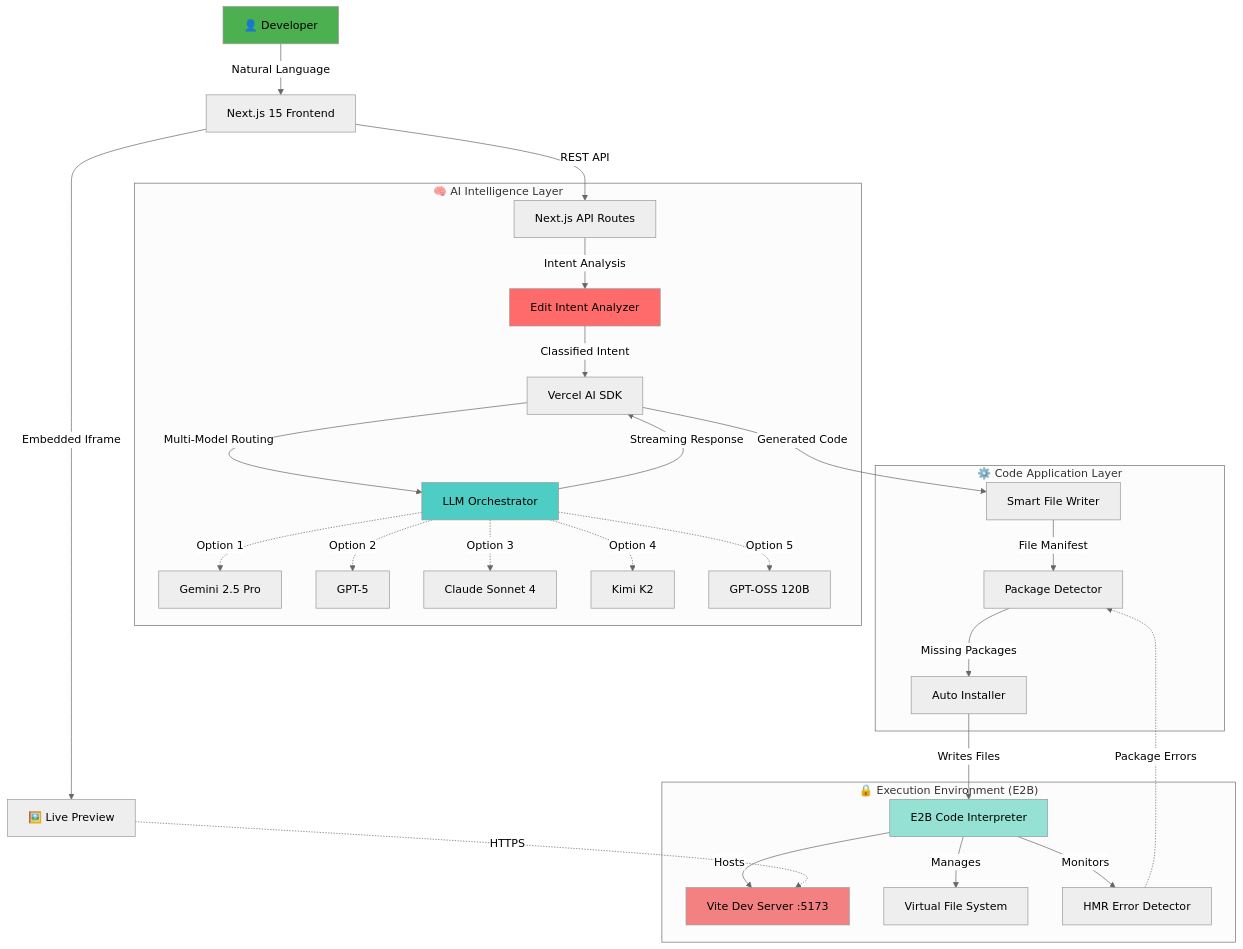
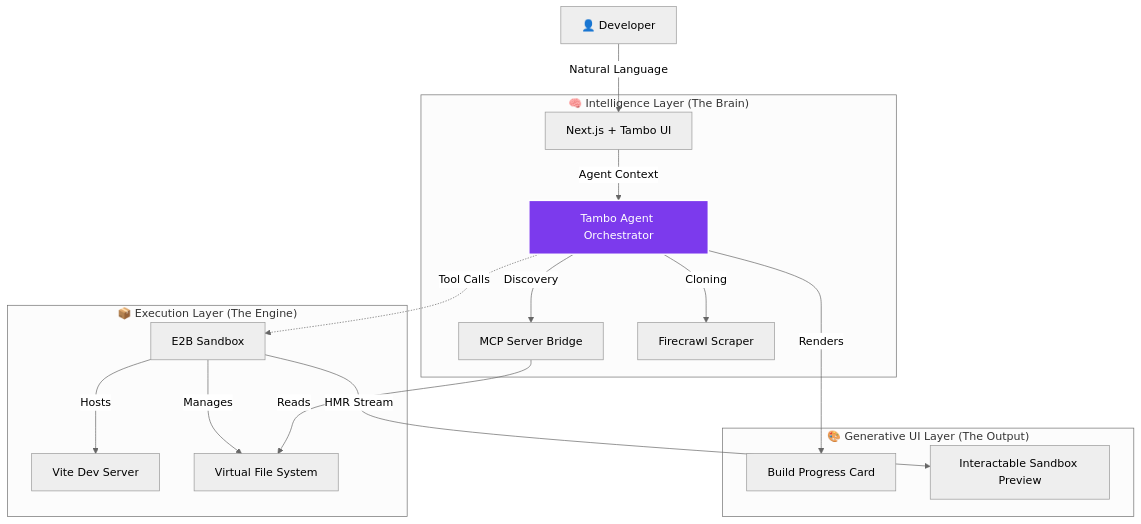
One commit to Sri-Krishna-V/Derived-WMD changed the first of 2 diagrams in README.md. Above: the diagram before and after it, drawn with Mermaid (neutral theme). The commit also changed other lines of this file, not shown here.

````diff
--- a/README.md
+++ b/README.md
@@ -114,41 +91,25 @@
 ```mermaid
 graph TD
-    User[👤 Developer] -->|Natural Language| Frontend[Next.js 15 Frontend]
-    Frontend -->|REST API| Backend[Next.js API Routes]
+    User[👤 Developer] -->|Natural Language| Frontend[Next.js + Tambo UI]
     
-    subgraph "🧠 AI Intelligence Layer"
-        Backend -->|Intent Analysis| Analyzer[Edit Intent Analyzer]
-        Analyzer -->|Classified Intent| AI_SDK[Vercel AI SDK]
-        AI_SDK -->|Multi-Model Routing| Models[LLM Orchestrator]
-        Models -->|Streaming Response| AI_SDK
-        
-        Models -.->|Option 1| Gemini[Gemini 2.5 Pro]
-        Models -.->|Option 2| GPT[GPT-5]
-        Models -.->|Option 3| Claude[Claude Sonnet 4]
-        Models -.->|Option 4| Kimi[Kimi K2]
-        Models -.->|Option 5| Groq[GPT-OSS 120B]
+    subgraph "🧠 Intelligence Layer (The Brain)"
+        Frontend -->|Agent Context| TamboAgent[Tambo Agent Orchestrator]
+        TamboAgent -->|Discovery| MCP[MCP Server Bridge]
+        TamboAgent -->|Cloning| Firecrawl[Firecrawl Scraper]
     end
     
-    subgraph "⚙️ Code Application Layer"
-        AI_SDK -->|Generated Code| FileWriter[Smart File Writer]
-        FileWriter -->|File Manifest| DependencyDetector[Package Detector]
-        DependencyDetector -->|Missing Packages| PackageInstaller[Auto Installer]
+    subgraph "📦 Execution Layer (The Engine)"
+        TamboAgent -.->|Tool Calls| E2B[E2B Sandbox]
+        E2B -->|Hosts| Vite[Vite Dev Server]
+        E2B -->|Manages| FS[Virtual File System]
+        MCP -->|Reads| FS
+    end
+
+    subgraph "🎨 Generative UI Layer (The Output)"
+        TamboAgent -->|Renders| BuildStatus[Build Progress Card]
+        E2B -->|HMR Stream| Preview[Interactable Sandbox Preview]
     end
     
-    subgraph "🔒 Execution Environment (E2B)"
-        PackageInstaller -->|Writes Files| E2B[E2B Code Interpreter]
-        E2B -->|Hosts| Vite[Vite Dev Server :5173]
-        E2B -->|Manages| FS[Virtual File System]
-        E2B -->|Monitors| ErrorDetector[HMR Error Detector]
-        ErrorDetector -.->|Package Errors| DependencyDetector
-    end
-    
-    Frontend -->|Embedded Iframe| Preview[🖼️ Live Preview]
-    Preview -.->|HTTPS| Vite
-    
-    style User fill:#4CAF50
-    style Analyzer fill:#FF6B6B
-    style Models fill:#4ECDC4
-    style E2B fill:#95E1D3
-    style Vite fill:#F38181
+    classDef agent fill:#7C3AED,stroke:#fff,stroke-width:2px,color:white;
+    class TamboAgent agent;
 ```
````
